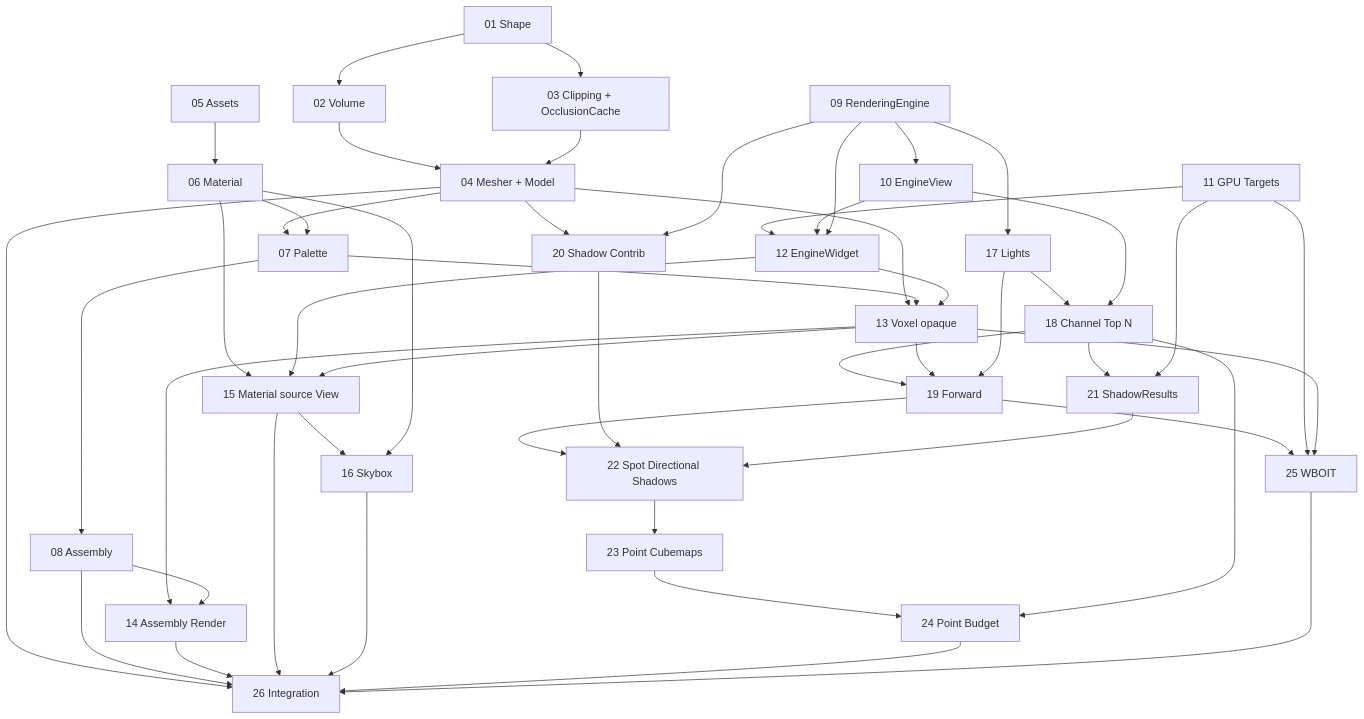
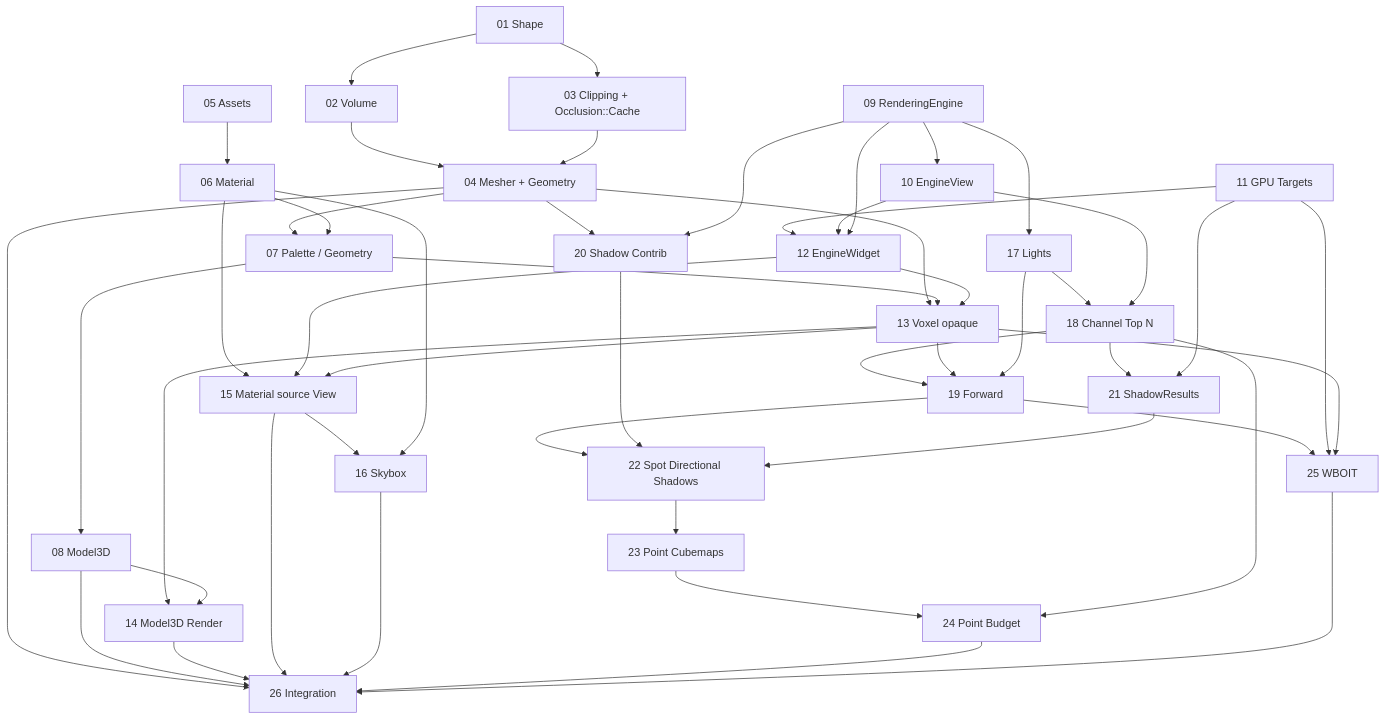
The diagram in docs/voxel-engine-v0.1.4/implementation/DEPENDENCIES.md (EreliaStudio/Sparkle), drawn with Mermaid before and after one commit. The commit also changed other lines of this file and 56 other files, not shown here.

````diff
--- a/docs/voxel-engine-v0.1.4/implementation/DEPENDENCIES.md
+++ b/docs/voxel-engine-v0.1.4/implementation/DEPENDENCIES.md
@@ -5,46 +7,46 @@
 ```mermaid
 flowchart TD
   P01["01 Shape"] --> P02["02 Volume"]
-  P01 --> P03["03 Clipping + OcclusionCache"]
-  P02 --> P04["04 Mesher + Model"]
+  P01 --> P03["03 Clipping + Occlusion::Cache"]
+  P02 --> P04["04 Mesher + Geometry"]
   P03 --> P04
   P05["05 Assets"] --> P06["06 Material"]
-  P04 --> P07["07 Palette"]
-  P06 --> P07 --> P08["08 Assembly"]
+  P04 --> P07["07 Palette / Geometry"]
+  P06 --> P07 --> P08["08 Model3D"]
   P09["09 RenderingEngine"] --> P10["10 EngineView"]
   P11["11 GPU Targets"] --> P12["12 EngineWidget"]
   P10 --> P12
   P09 --> P12
   P04 --> P13["13 Voxel opaque"]
   P07 --> P13
-  P12 --> P13 --> P14["14 Assembly Render"]
+  P12 --> P13 --> P14["14 Model3D Render"]
   P08 --> P14
   P06 --> P15["15 Material source View"]
   P12 --> P15
   P13 --> P15 --> P16["16 Skybox"]
   P06 --> P16
   P09 --> P17["17 Lights"]
   P17 --> P18["18 Channel Top N"]
   P10 --> P18
   P18 --> P19["19 Forward"]
   P13 --> P19
   P17 --> P19
   P04 --> P20["20 Shadow Contrib"]
   P09 --> P20
   P18 --> P21["21 ShadowResults"]
   P11 --> P21
   P19 --> P22["22 Spot Directional Shadows"]
   P20 --> P22
   P21 --> P22 --> P23["23 Point Cubemaps"] --> P24["24 Point Budget"]
   P18 --> P24
   P19 --> P25["25 WBOIT"]
   P11 --> P25
   P13 --> P25
   P04 --> P26["26 Integration"]
   P08 --> P26
   P14 --> P26
   P15 --> P26
   P16 --> P26
   P24 --> P26
   P25 --> P26
 ```
````
